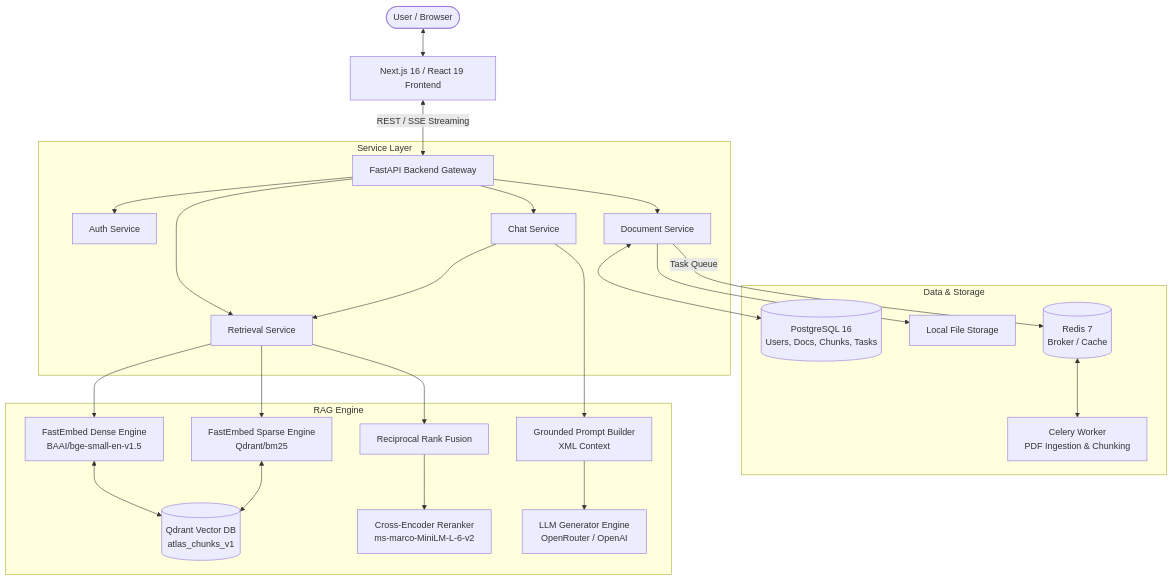
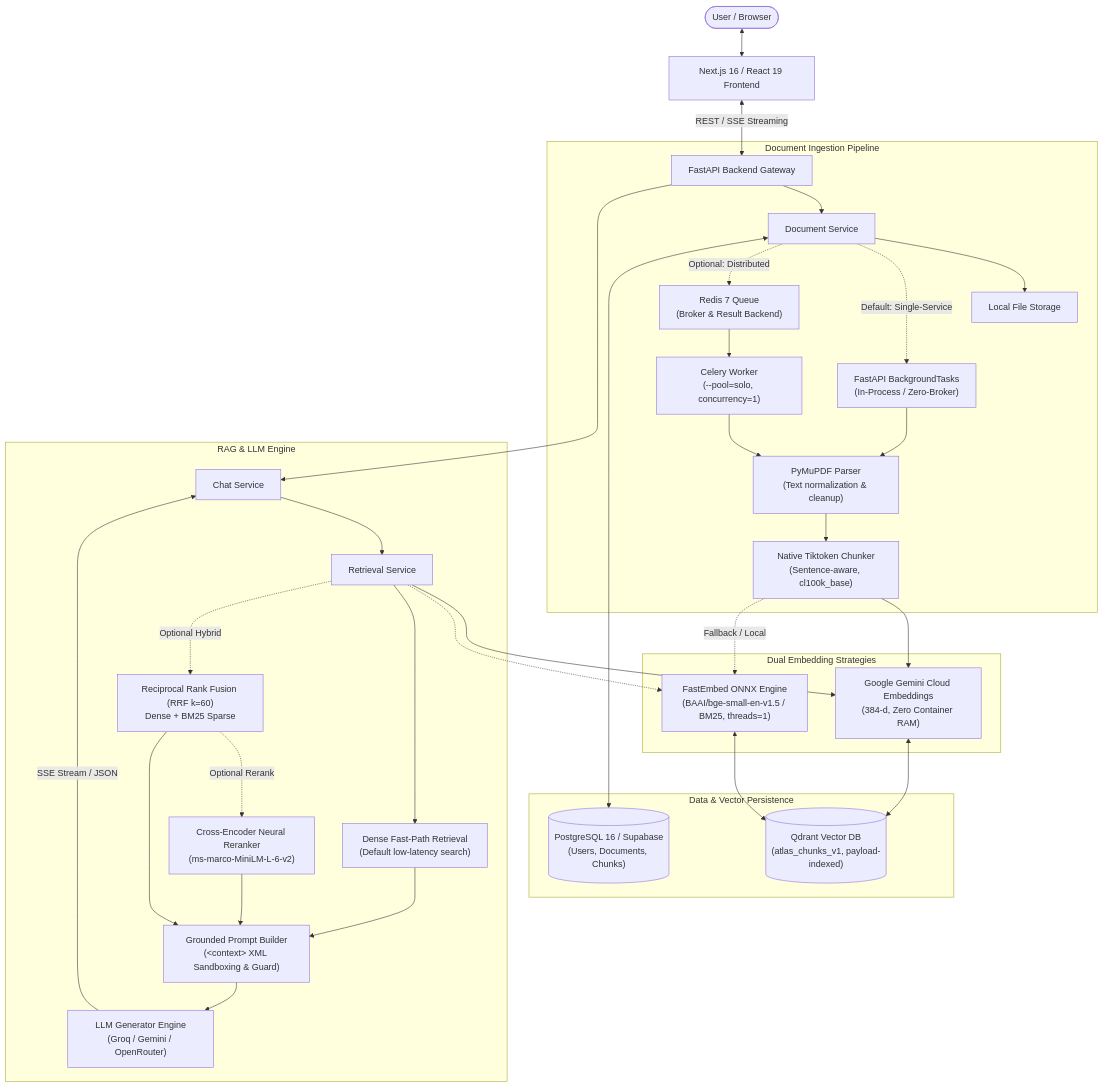
Before and after one commit to tianshen3/Atlas: the first of 5 diagrams in README.md, drawn with Mermaid. The commit also changed other lines of this file, not shown here.

````diff
--- a/README.md
+++ b/README.md
@@ -26,32 +27,48 @@
 ```mermaid
 flowchart TD
     User([User / Browser]) <--> Frontend[Next.js 16 / React 19 Frontend]
     Frontend <-->|REST / SSE Streaming| API[FastAPI Backend Gateway]
 
-    subgraph Service Layer
-        API --> AuthSvc[Auth Service]
+    subgraph Ingestion["Document Ingestion Pipeline"]
         API --> DocSvc[Document Service]
-        API --> RetSvc[Retrieval Service]
-        API --> ChatSvc[Chat Service]
+        DocSvc --> Disk[Local File Storage]
+        
+        DocSvc -.->|Default: Single-Service| BgTasks["FastAPI BackgroundTasks<br/>(In-Process / Zero-Broker)"]
+        DocSvc -.->|Optional: Distributed| RedisQueue["Redis 7 Queue<br/>(Broker & Result Backend)"]
+        RedisQueue --> CeleryWorker["Celery Worker<br/>(--pool=solo, concurrency=1)"]
+
+        BgTasks --> Parser["PyMuPDF Parser<br/>(Text normalization & cleanup)"]
+        CeleryWorker --> Parser
+        Parser --> Chunker["Native Tiktoken Chunker<br/>(Sentence-aware, cl100k_base)"]
     end
 
-    subgraph Data & Storage
-        DocSvc <--> Postgres[(PostgreSQL 16\nUsers, Docs, Chunks, Tasks)]
-        DocSvc --> Disk[Local File Storage]
-        DocSvc -->|Task Queue| Redis[(Redis 7\nBroker / Cache)]
-        Redis <--> Worker[Celery Worker\nPDF Ingestion & Chunking]
+    subgraph Embeddings["Dual Embedding Strategies"]
+        Chunker --> CloudEmbed["Google Gemini Cloud Embeddings<br/>(384-d, Zero Container RAM)"]
+        Chunker -.->|Fallback / Local| LocalEmbed["FastEmbed ONNX Engine<br/>(BAAI/bge-small-en-v1.5 / BM25, threads=1)"]
     end
 
-    subgraph RAG Engine
-        RetSvc --> DenseEngine[FastEmbed Dense Engine\nBAAI/bge-small-en-v1.5]
-        RetSvc --> SparseEngine[FastEmbed Sparse Engine\nQdrant/bm25]
-        DenseEngine & SparseEngine <--> VectorDB[(Qdrant Vector DB\natlas_chunks_v1)]
+    subgraph Storage["Data & Vector Persistence"]
+        DocSvc <--> Postgres[("PostgreSQL 16 / Supabase<br/>(Users, Documents, Chunks)")]
+        CloudEmbed <--> VectorDB[("Qdrant Vector DB<br/>(atlas_chunks_v1, payload-indexed)")]
+        LocalEmbed <--> VectorDB
+    end
+
+    subgraph QueryRAG["RAG & LLM Engine"]
+        API --> ChatSvc[Chat Service]
+        ChatSvc --> RetSvc[Retrieval Service]
         
-        RetSvc --> RRF[Reciprocal Rank Fusion]
-        RRF --> Reranker[Cross-Encoder Reranker\nms-marco-MiniLM-L-6-v2]
-        
-        ChatSvc --> RetSvc
-        ChatSvc --> PromptBuilder[Grounded Prompt Builder\nXML Context]
-        PromptBuilder --> LLMEngine[LLM Generator Engine\nOpenRouter / OpenAI]
+        RetSvc --> CloudEmbed
+        RetSvc -.-> LocalEmbed
+
+        RetSvc --> FastPath["Dense Fast-Path Retrieval<br/>(Default low-latency search)"]
+        RetSvc -.->|Optional Hybrid| RRF["Reciprocal Rank Fusion (RRF k=60)<br/>Dense + BM25 Sparse"]
+        RRF -.->|Optional Rerank| Reranker["Cross-Encoder Neural Reranker<br/>(ms-marco-MiniLM-L-6-v2)"]
+
+        FastPath --> Grounding["Grounded Prompt Builder<br/>(&lt;context&gt; XML Sandboxing & Guard)"]
+        RRF --> Grounding
+        Reranker --> Grounding
+
+        Grounding --> LLMEngine["LLM Generator Engine<br/>(Groq / Gemini / OpenRouter)"]
+        LLMEngine -->|SSE Stream / JSON| ChatSvc
     end
 ```
````
